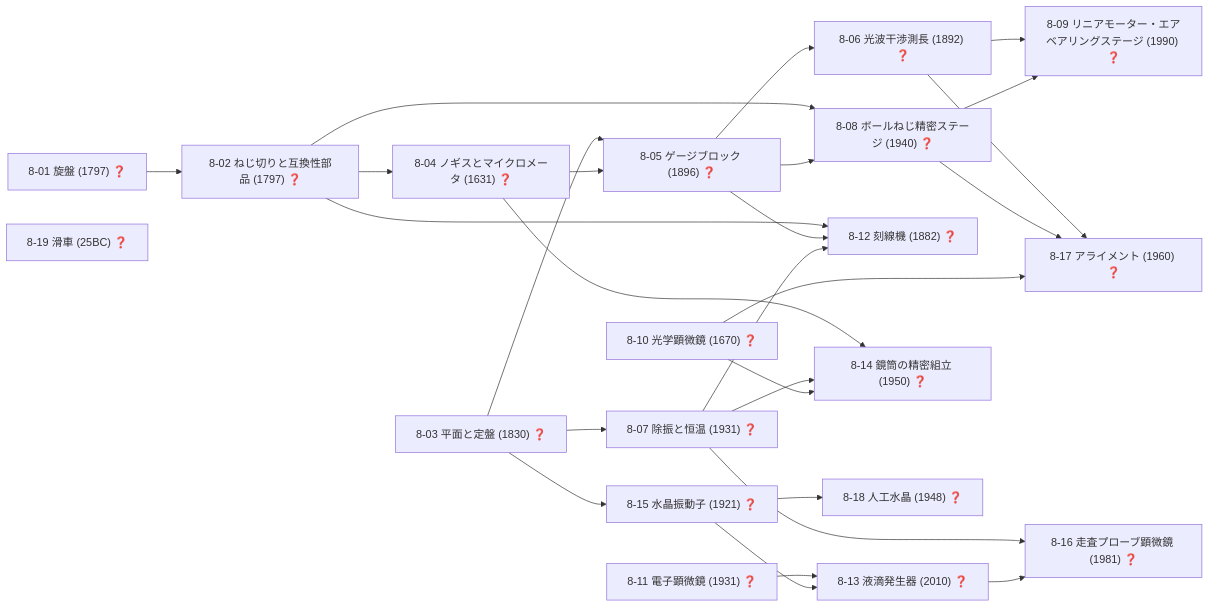
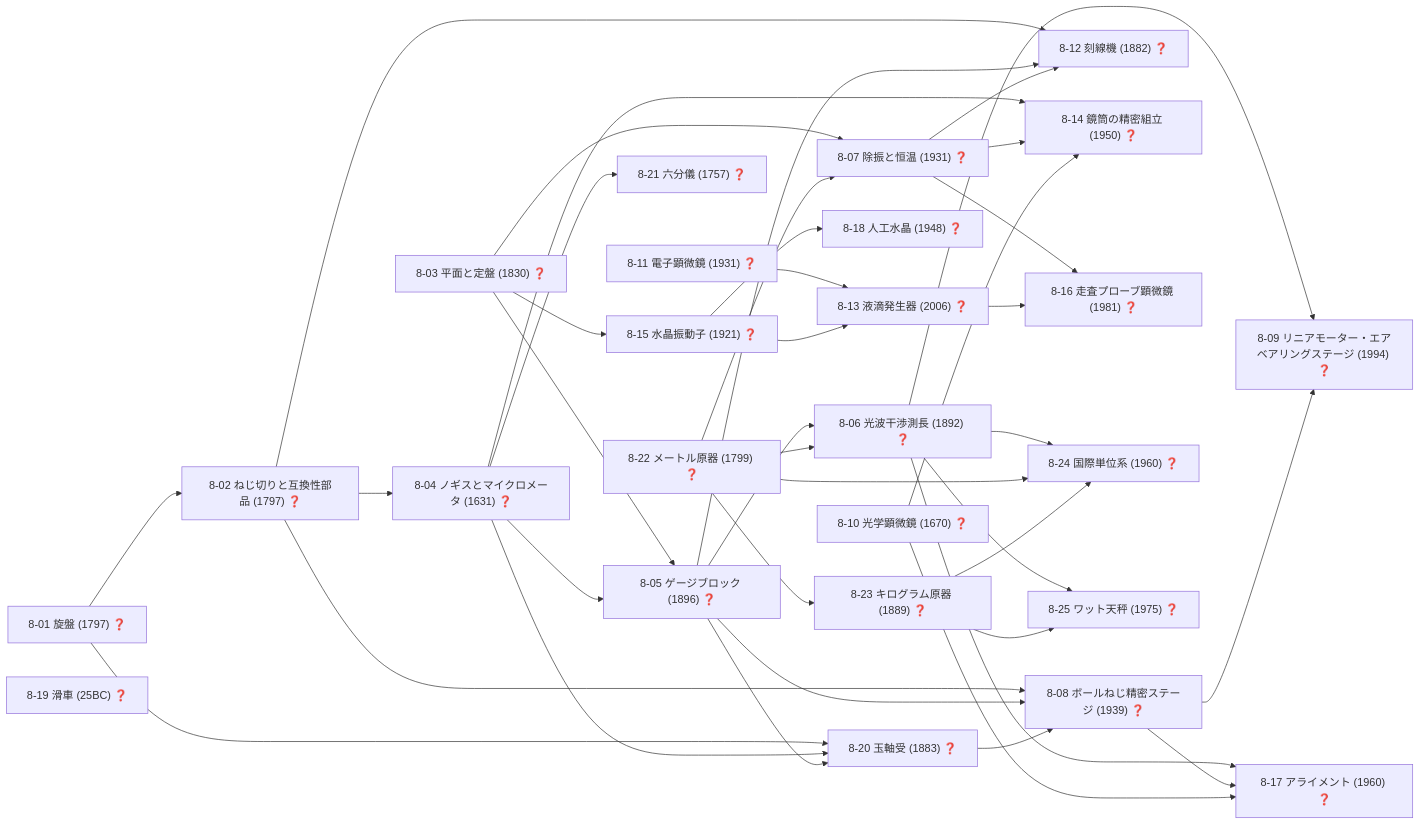
Before and after one commit to taku3i0317-collab/semiconductor-lab: diagram 11 of 19 in docs/TECH_TREE_VIEW.md, drawn with Mermaid. The commit also changed other lines of this file and 32 other files, not shown here.

````diff
--- a/docs/TECH_TREE_VIEW.md
+++ b/docs/TECH_TREE_VIEW.md
@@ -526,47 +526,66 @@
 ```mermaid
 graph LR
   n8_01["8-01 旋盤 (1797) ❓"]
   n8_02["8-02 ねじ切りと互換性部品 (1797) ❓"]
   n8_03["8-03 平面と定盤 (1830) ❓"]
   n8_04["8-04 ノギスとマイクロメータ (1631) ❓"]
   n8_05["8-05 ゲージブロック (1896) ❓"]
   n8_06["8-06 光波干渉測長 (1892) ❓"]
   n8_07["8-07 除振と恒温 (1931) ❓"]
-  n8_08["8-08 ボールねじ精密ステージ (1940) ❓"]
-  n8_09["8-09 リニアモーター・エアベアリングステージ (1990) ❓"]
+  n8_08["8-08 ボールねじ精密ステージ (1939) ❓"]
+  n8_09["8-09 リニアモーター・エアベアリングステージ (1994) ❓"]
   n8_10["8-10 光学顕微鏡 (1670) ❓"]
   n8_11["8-11 電子顕微鏡 (1931) ❓"]
   n8_12["8-12 刻線機 (1882) ❓"]
-  n8_13["8-13 液滴発生器 (2010) ❓"]
+  n8_13["8-13 液滴発生器 (2006) ❓"]
   n8_14["8-14 鏡筒の精密組立 (1950) ❓"]
   n8_15["8-15 水晶振動子 (1921) ❓"]
   n8_16["8-16 走査プローブ顕微鏡 (1981) ❓"]
   n8_17["8-17 アライメント (1960) ❓"]
   n8_18["8-18 人工水晶 (1948) ❓"]
   n8_19["8-19 滑車 (25BC) ❓"]
+  n8_20["8-20 玉軸受 (1883) ❓"]
+  n8_21["8-21 六分儀 (1757) ❓"]
+  n8_22["8-22 メートル原器 (1799) ❓"]
+  n8_23["8-23 キログラム原器 (1889) ❓"]
+  n8_24["8-24 国際単位系 (1960) ❓"]
+  n8_25["8-25 ワット天秤 (1975) ❓"]
   n8_01-->n8_02
   n8_02-->n8_04
   n8_03-->n8_05
   n8_04-->n8_05
   n8_05-->n8_06
+  n8_22-->n8_06
   n8_03-->n8_07
+  n8_22-->n8_07
   n8_02-->n8_08
   n8_05-->n8_08
+  n8_20-->n8_08
   n8_06-->n8_09
   n8_08-->n8_09
   n8_02-->n8_12
   n8_05-->n8_12
   n8_07-->n8_12
   n8_11-->n8_13
   n8_15-->n8_13
   n8_04-->n8_14
   n8_07-->n8_14
   n8_10-->n8_14
   n8_03-->n8_15
   n8_07-->n8_16
   n8_13-->n8_16
   n8_06-->n8_17
   n8_08-->n8_17
   n8_10-->n8_17
   n8_15-->n8_18
+  n8_01-->n8_20
+  n8_04-->n8_20
+  n8_05-->n8_20
+  n8_04-->n8_21
+  n8_22-->n8_23
+  n8_06-->n8_24
+  n8_22-->n8_24
+  n8_23-->n8_24
+  n8_06-->n8_25
+  n8_23-->n8_25
 ```
````
